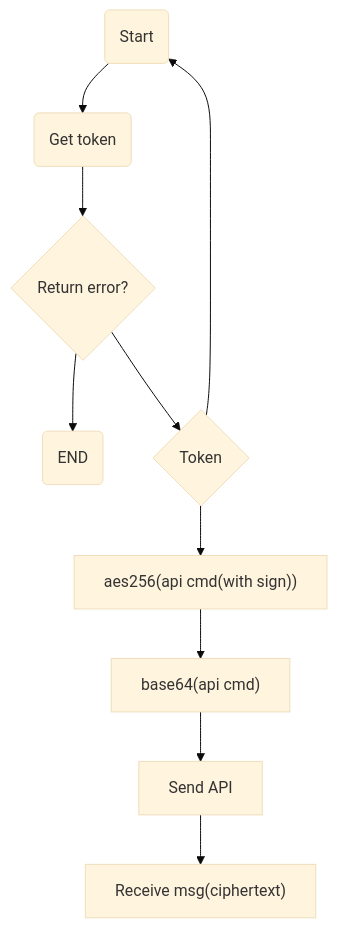
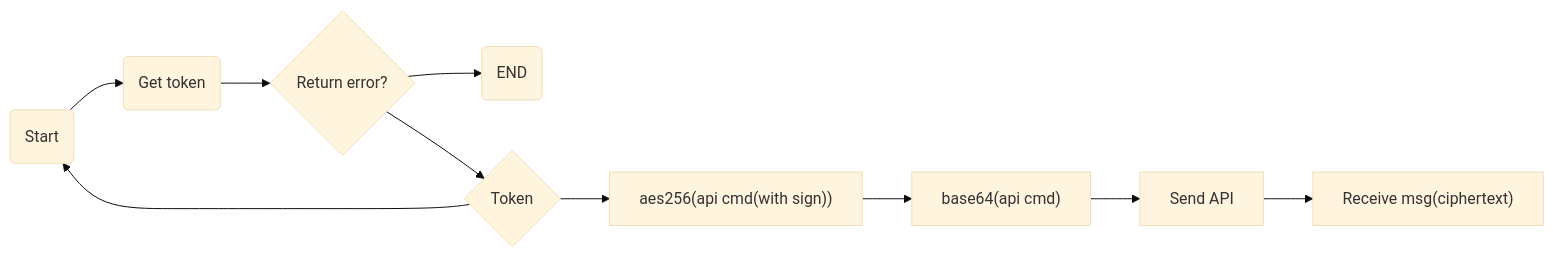
The third of 3 diagrams in src/pages/whitepaper.md (web3mining/web3mining.ton), drawn with Mermaid (base theme) before and after one commit. The commit also changed other lines of this file, not shown here.

Commit message:
terms/state diagram

````diff
--- a/src/pages/whitepaper.md
+++ b/src/pages/whitepaper.md
@@ -240,12 +381,12 @@
 ```mermaid
-flowchart TD
+flowchart LR
     A(Start) --> B(Get token)
     B --> C{Return error?}
     C --> D(END)
     C --> E{Token}
     E --> A
     E --> F["aes256(api cmd(with sign))"]
     F --> G["base64(api cmd)"]
     G --> H[Send API]
     H --> I["Receive msg(ciphertext)"]
 ```
````
